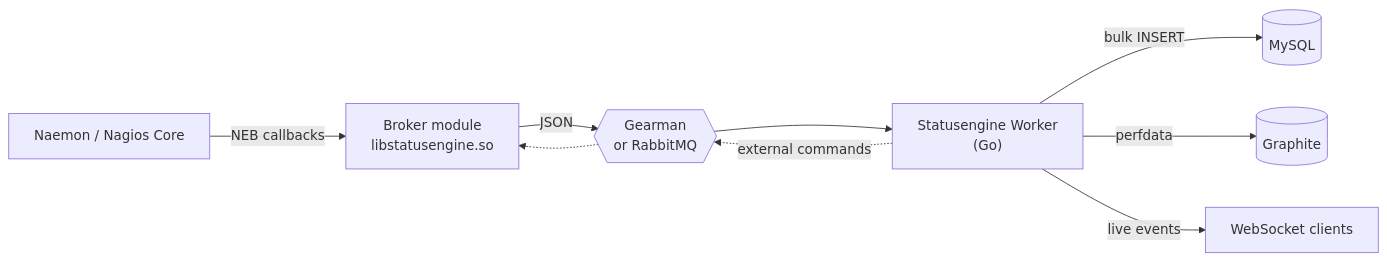
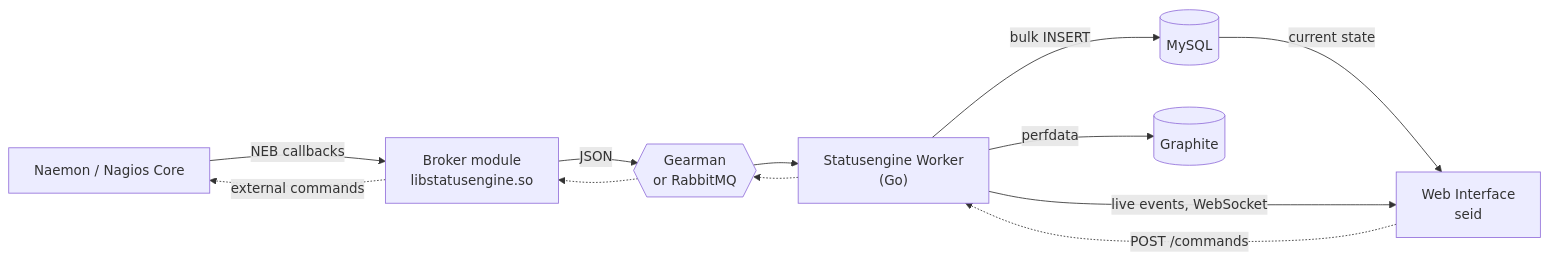
The diagram in content/_index.md (statusengine/docs), drawn with Mermaid before and after one commit. The commit also changed other lines of this file and 1 other file, not shown here.

First line of the commit message:
Put the web interface into the data flow chart

````diff
--- a/content/_index.md
+++ b/content/_index.md
@@ -41,11 +41,14 @@
 ```mermaid
 flowchart LR
   core["Naemon / Nagios Core"] -->|NEB callbacks| broker["Broker module<br/>libstatusengine.so"]
   broker -->|JSON| queue{{"Gearman<br/>or RabbitMQ"}}
   queue --> worker["Statusengine Worker<br/>(Go)"]
   worker -->|bulk INSERT| mysql[("MySQL")]
   worker -->|perfdata| graphite[("Graphite")]
-  worker -->|live events| ws["WebSocket clients"]
-  worker -.->|external commands| queue
+  mysql -->|current state| ui["Web Interface<br/>seid"]
+  worker -->|live events, WebSocket| ui
+  ui -.->|POST /commands| worker
+  worker -.-> queue
   queue -.-> broker
+  broker -.->|external commands| core
 ```
````
